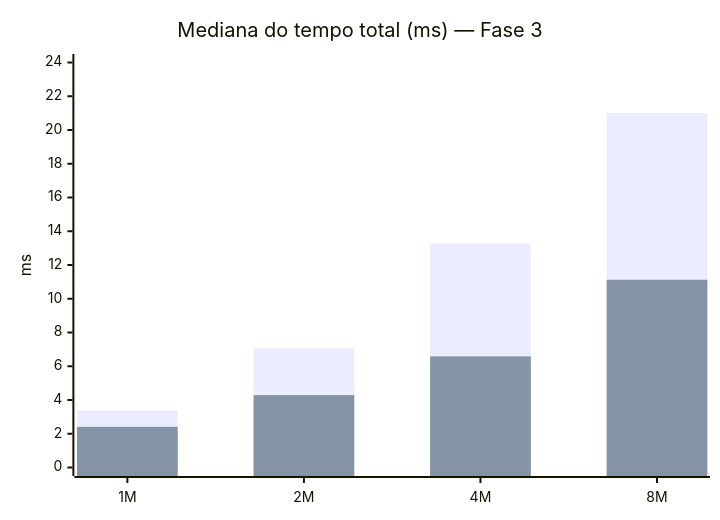
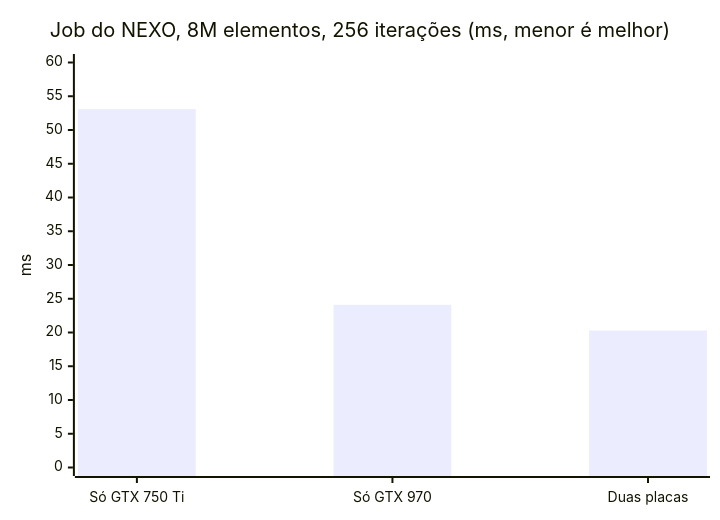
Before and after one commit to Bruno-Gadelha25/nexo-dual-gpu-lab: the second of 2 diagrams in README.md, drawn with Mermaid. The commit also changed other lines of this file and 6 other files, not shown here.

````diff
--- a/README.md
+++ b/README.md
@@ -80,8 +174,7 @@
 ```mermaid
 xychart-beta
-  title "Mediana do tempo total (ms) — Fase 3"
-  x-axis ["1M", "2M", "4M", "8M"]
-  y-axis "ms" 0 --> 24
-  bar [3.373, 7.086, 13.272, 21.007]
-  bar [2.408, 4.289, 6.586, 11.124]
+  title "Job do NEXO, 8M elementos, 256 iterações (ms, menor é melhor)"
+  x-axis ["Só GTX 750 Ti", "Só GTX 970", "Duas placas"]
+  y-axis "ms" 0 --> 60
+  bar [53.1, 24.1, 20.3]
 ```
````
